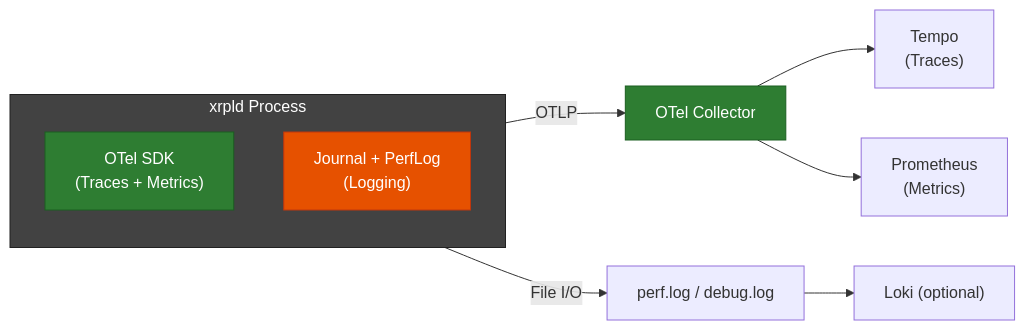
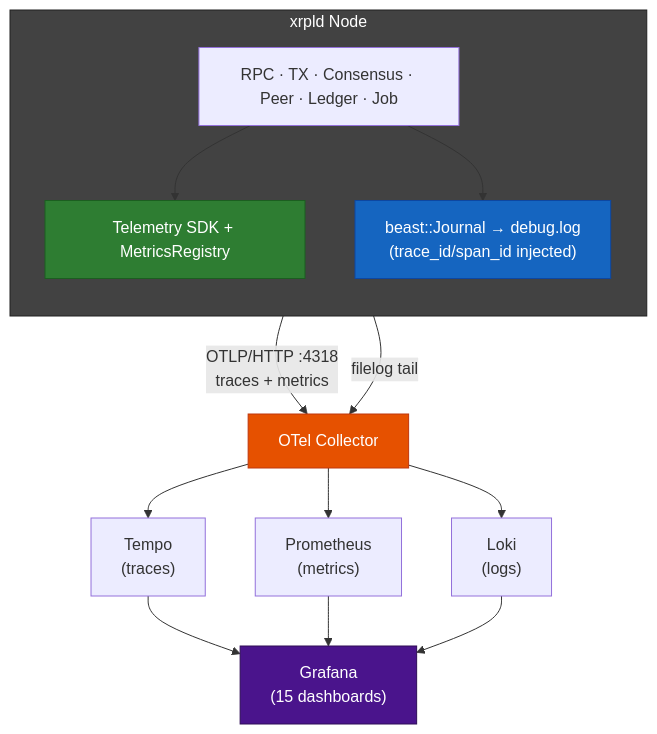
The second of 6 diagrams in OpenTelemetryPlan/presentation.md (XRPLF/rippled), drawn with Mermaid before and after one commit. The commit also changed other lines of this file, not shown here.

````diff
--- a/OpenTelemetryPlan/presentation.md
+++ b/OpenTelemetryPlan/presentation.md
@@ -107,20 +101,28 @@
 ```mermaid
-flowchart LR
-    subgraph xrpld["xrpld Process"]
+flowchart TB
+    subgraph xrpld["xrpld Node"]
         direction TB
-        OTel["OTel SDK<br/>(Traces + Metrics)"]
-        Journal["Journal + PerfLog<br/>(Logging)"]
+        Surfaces["RPC · TX · Consensus · Peer · Ledger · Job"]
+        SDK["Telemetry SDK + MetricsRegistry"]
+        Journal["beast::Journal → debug.log<br/>(trace_id/span_id injected)"]
+        Surfaces --> SDK
+        Surfaces --> Journal
     end
 
-    OTel -->|"OTLP"| Collector["OTel Collector"]
-    Journal -->|"File I/O"| LogFile["perf.log / debug.log"]
+    SDK -->|"OTLP/HTTP :4318<br/>traces + metrics"| Collector["OTel Collector"]
+    Journal -->|"filelog tail"| Collector
 
-    Collector --> Tempo["Tempo<br/>(Traces)"]
-    Collector --> Prom["Prometheus<br/>(Metrics)"]
-    LogFile --> Loki["Loki (optional)"]
+    Collector --> Tempo["Tempo<br/>(traces)"]
+    Collector --> Prom["Prometheus<br/>(metrics)"]
+    Collector --> Loki["Loki<br/>(logs)"]
+
+    Tempo --> Grafana["Grafana<br/>(15 dashboards)"]
+    Prom --> Grafana
+    Loki --> Grafana
 
     style xrpld fill:#424242,stroke:#212121,color:#fff
-    style OTel fill:#2e7d32,stroke:#1b5e20,color:#fff
-    style Journal fill:#e65100,stroke:#bf360c,color:#fff
-    style Collector fill:#2e7d32,stroke:#1b5e20,color:#fff
+    style SDK fill:#2e7d32,stroke:#1b5e20,color:#fff
+    style Journal fill:#1565c0,stroke:#0d47a1,color:#fff
+    style Collector fill:#e65100,stroke:#bf360c,color:#fff
+    style Grafana fill:#4a148c,stroke:#2e0d57,color:#fff
 ```
````
